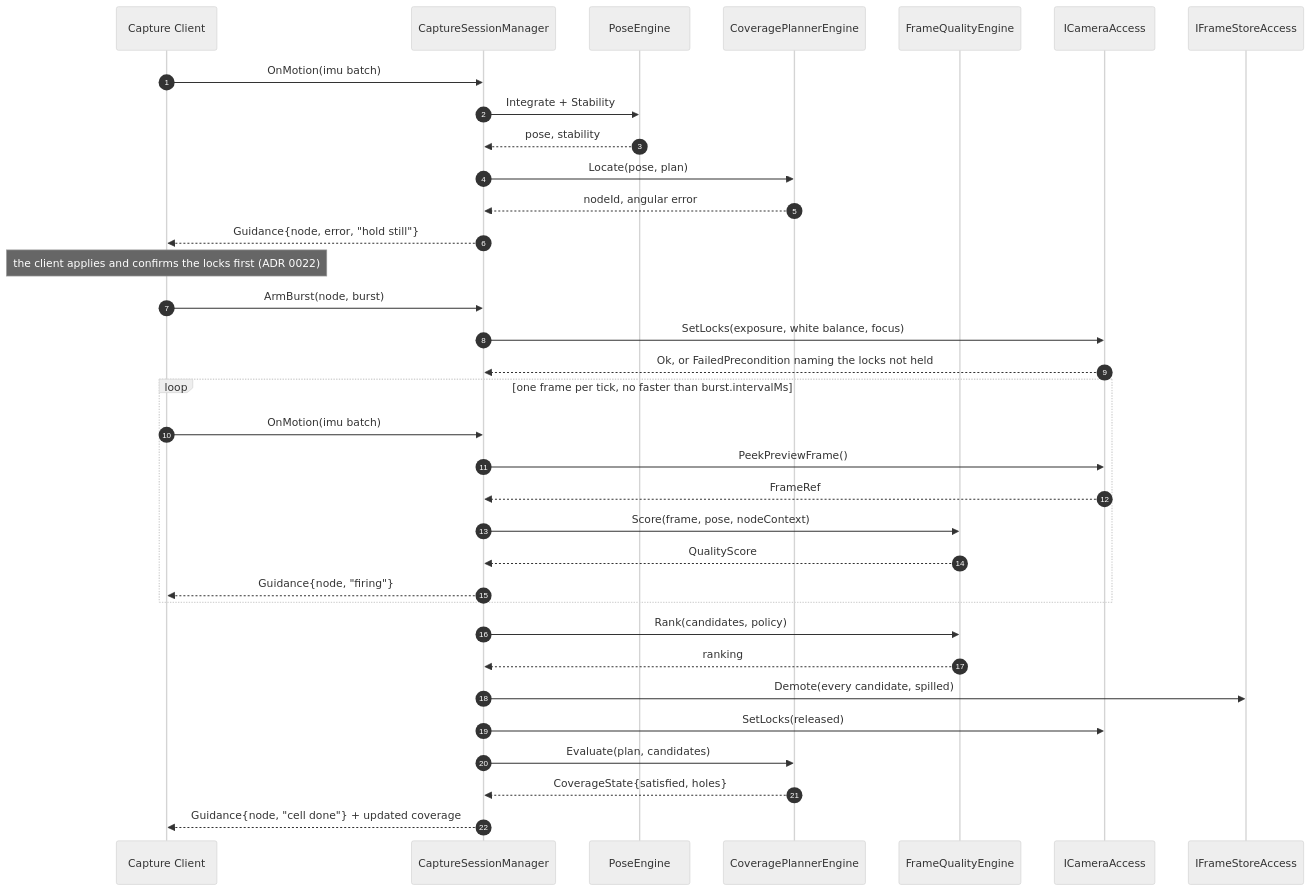
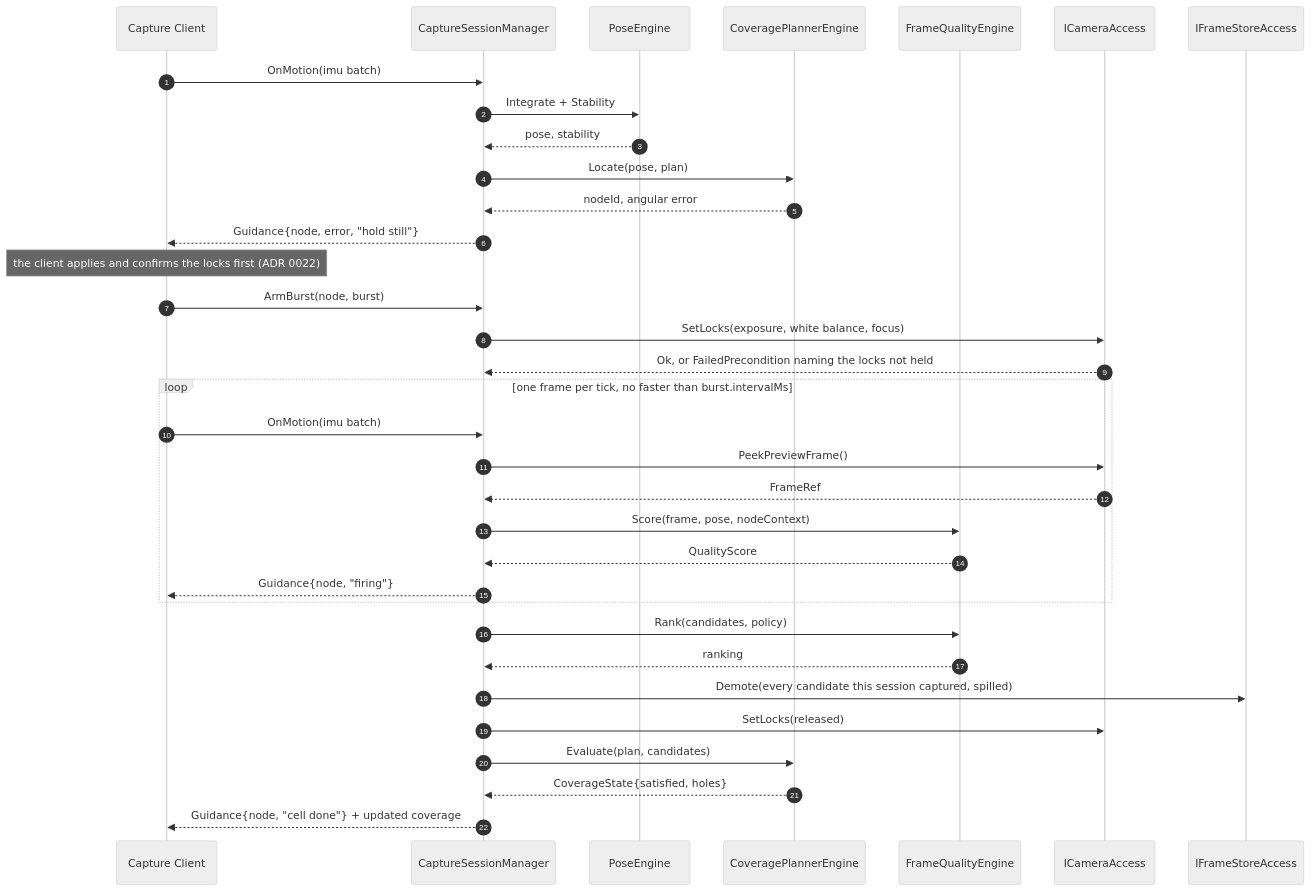
Before and after one commit to h3ll5ur7er/sphanorama: the third of 4 diagrams in docs/03-architecture.md, drawn with Mermaid (neutral theme). The commit also changed 5 other files, not shown here.

````diff
--- a/docs/03-architecture.md
+++ b/docs/03-architecture.md
@@ -257,37 +257,37 @@
 ```mermaid
 sequenceDiagram
   autonumber
   participant U as Capture Client
   participant M as CaptureSessionManager
   participant P as PoseEngine
   participant V as CoveragePlannerEngine
   participant Q as FrameQualityEngine
   participant C as ICameraAccess
   participant F as IFrameStoreAccess
 
   U->>M: OnMotion(imu batch)
   M->>P: Integrate + Stability
   P-->>M: pose, stability
   M->>V: Locate(pose, plan)
   V-->>M: nodeId, angular error
   M-->>U: Guidance{node, error, "hold still"}
   Note over U: the client applies and confirms the locks first (ADR 0022)
   U->>M: ArmBurst(node, burst)
   M->>C: SetLocks(exposure, white balance, focus)
   C-->>M: Ok, or FailedPrecondition naming the locks not held
   loop one frame per tick, no faster than burst.intervalMs
     U->>M: OnMotion(imu batch)
     M->>C: PeekPreviewFrame()
     C-->>M: FrameRef
     M->>Q: Score(frame, pose, nodeContext)
     Q-->>M: QualityScore
     M-->>U: Guidance{node, "firing"}
   end
   M->>Q: Rank(candidates, policy)
   Q-->>M: ranking
-  M->>F: Demote(every candidate, spilled)
+  M->>F: Demote(every candidate this session captured, spilled)
   M->>C: SetLocks(released)
   M->>V: Evaluate(plan, candidates)
   V-->>M: CoverageState{satisfied, holes}
   M-->>U: Guidance{node, "cell done"} + updated coverage
 ```
````
